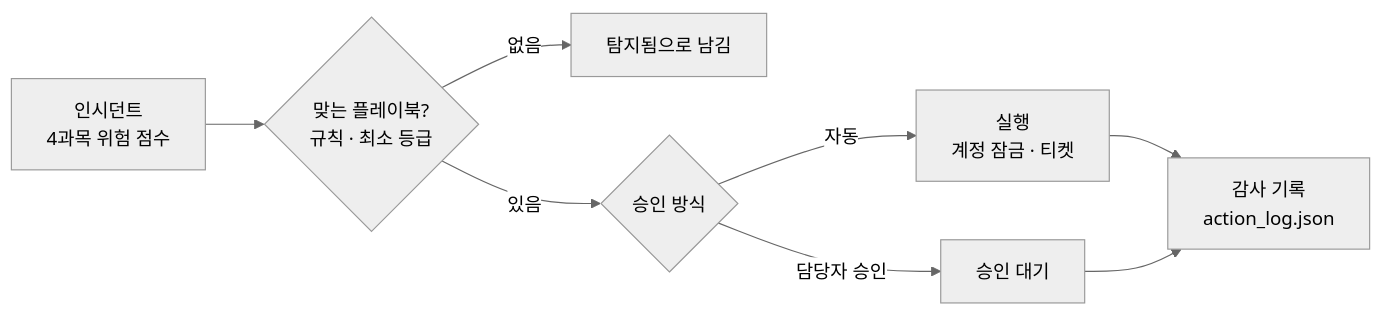
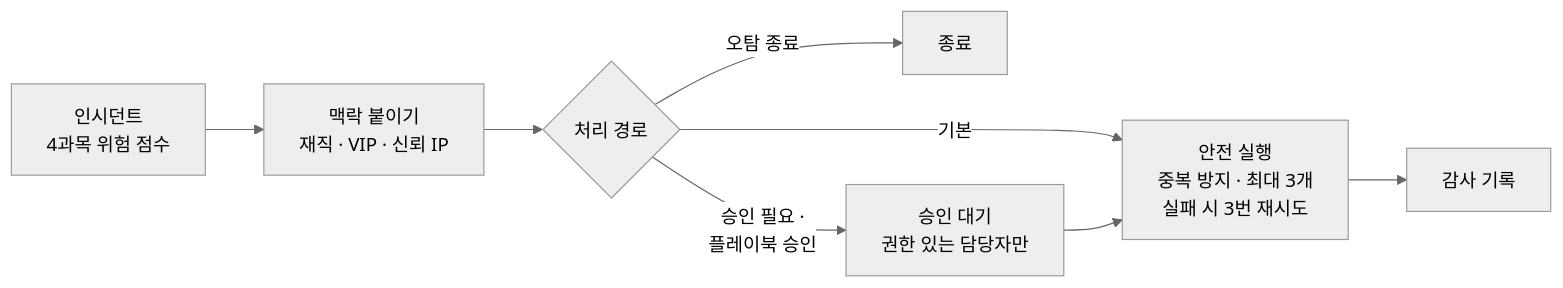
Before and after one commit to mdkk0220/security-agent-toolkit: the diagram in soar_response_5/README.md, drawn with Mermaid (neutral theme). The commit also changed other lines of this file and 2 other files, not shown here.

First line of the commit message:
docs: 5과목 Day 2(맥락 · 경로 · 안전 실행 · 승인 · 재시도), 4과목 Day 6 요약 반영

````diff
--- a/soar_response_5/README.md
+++ b/soar_response_5/README.md
@@ -7,10 +7,10 @@
 ```mermaid
 flowchart LR
-    A["인시던트<br/>4과목 위험 점수"] --> B{"맞는 플레이북?<br/>규칙 · 최소 등급"}
-    B -- 없음 --> N["탐지됨으로 남김"]
-    B -- 있음 --> C{"승인 방식"}
-    C -- 자동 --> D["실행<br/>계정 잠금 · 티켓"]
-    C -- 담당자 승인 --> W["승인 대기"]
-    D --> L["감사 기록<br/>action_log.json"]
-    W --> L
+    A["인시던트<br/>4과목 위험 점수"] --> B["맥락 붙이기<br/>재직 · VIP · 신뢰 IP"]
+    B --> C{"처리 경로"}
+    C -- 오탐 종료 --> Z["종료"]
+    C -- "승인 필요 ·<br/>플레이북 승인" --> W["승인 대기<br/>권한 있는 담당자만"]
+    C -- 기본 --> D["안전 실행<br/>중복 방지 · 최대 3개<br/>실패 시 3번 재시도"]
+    W --> D
+    D --> L["감사 기록"]
 ```
````
